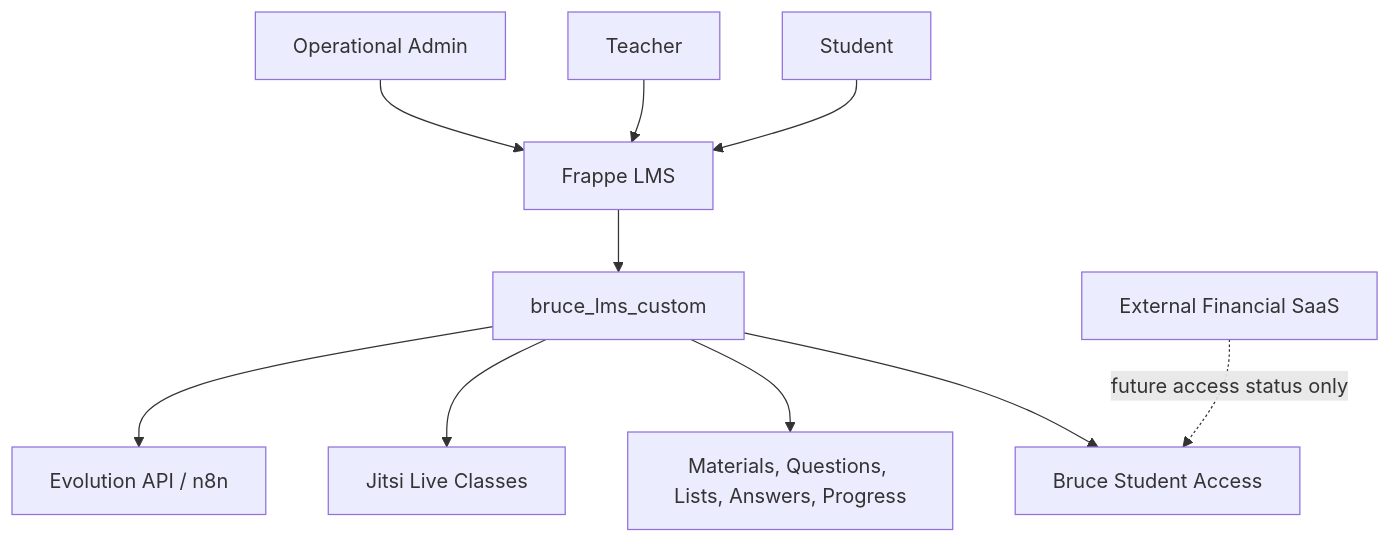
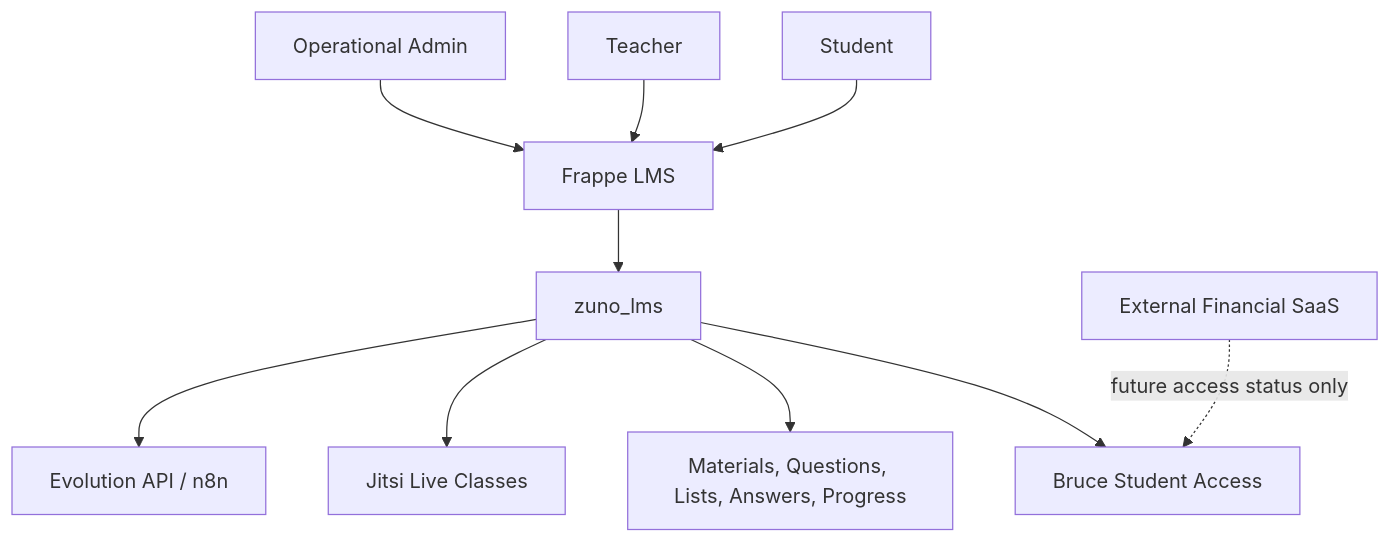
Before and after one commit to estevao98/melura-lms: the diagram in ARCHITECTURE.md, drawn with Mermaid. The commit also changed other lines of this file and 143 other files, not shown here.

Commit message:
refactor: rename app package to zuno_lms

````diff
--- a/ARCHITECTURE.md
+++ b/ARCHITECTURE.md
@@ -30,12 +30,12 @@
 ```mermaid
 flowchart TD
   Student[Student] --> LMS[Frappe LMS]
   Teacher[Teacher] --> LMS
   Admin[Operational Admin] --> LMS
-  LMS --> CustomApp[bruce_lms_custom]
+  LMS --> CustomApp[zuno_lms]
   CustomApp --> Access[Bruce Student Access]
   CustomApp --> Content[Materials, Questions, Lists, Answers, Progress]
   CustomApp --> Jitsi[Jitsi Live Classes]
   CustomApp --> WhatsApp[Evolution API / n8n]
   ExternalSaaS[External Financial SaaS] -. future access status only .-> Access
 ```
````
